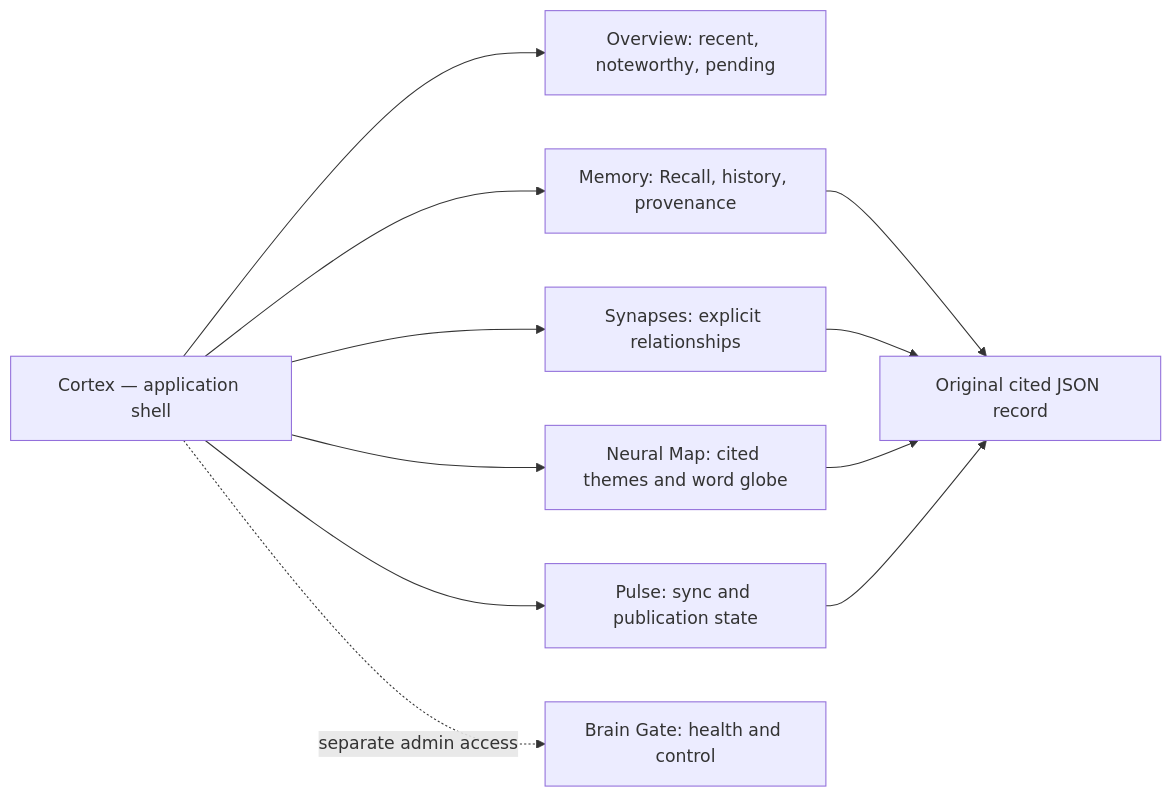
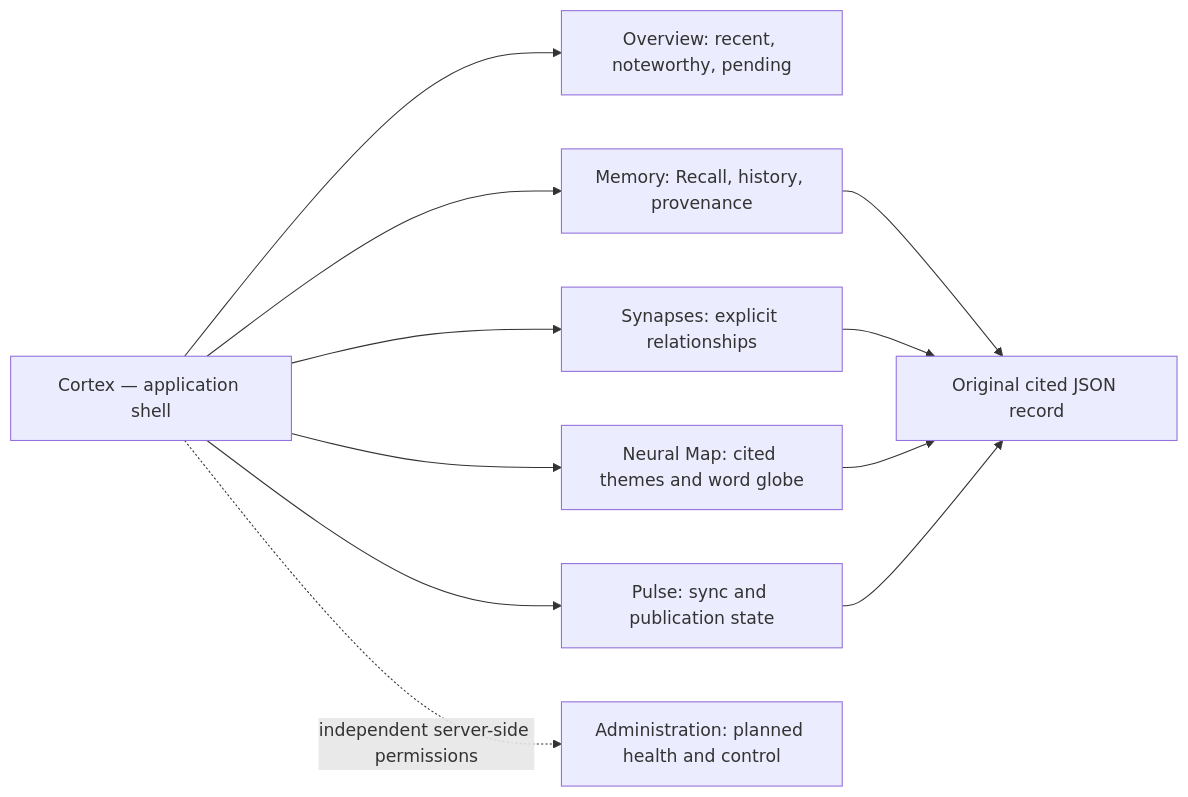
The second of 4 diagrams in Brain-Evolution.md (asalaices/Brain-Dump), drawn with Mermaid before and after one commit. The commit also changed other lines of this file and 7 other files, not shown here.

````diff
--- a/Brain-Evolution.md
+++ b/Brain-Evolution.md
@@ -89,14 +96,14 @@
 ```mermaid
 flowchart LR
     CX["Cortex — application shell"]
     CX --> OV["Overview: recent, noteworthy, pending"]
     CX --> ME["Memory: Recall, history, provenance"]
     CX --> SY["Synapses: explicit relationships"]
     CX --> NM["Neural Map: cited themes and word globe"]
     CX --> PU["Pulse: sync and publication state"]
-    CX -.->|"separate admin access"| BG["Brain Gate: health and control"]
+    CX -.->|"independent server-side permissions"| BG["Administration: planned health and control"]
     ME --> RC["Original cited JSON record"]
     SY --> RC
     NM --> RC
     PU --> RC
 ```
````
